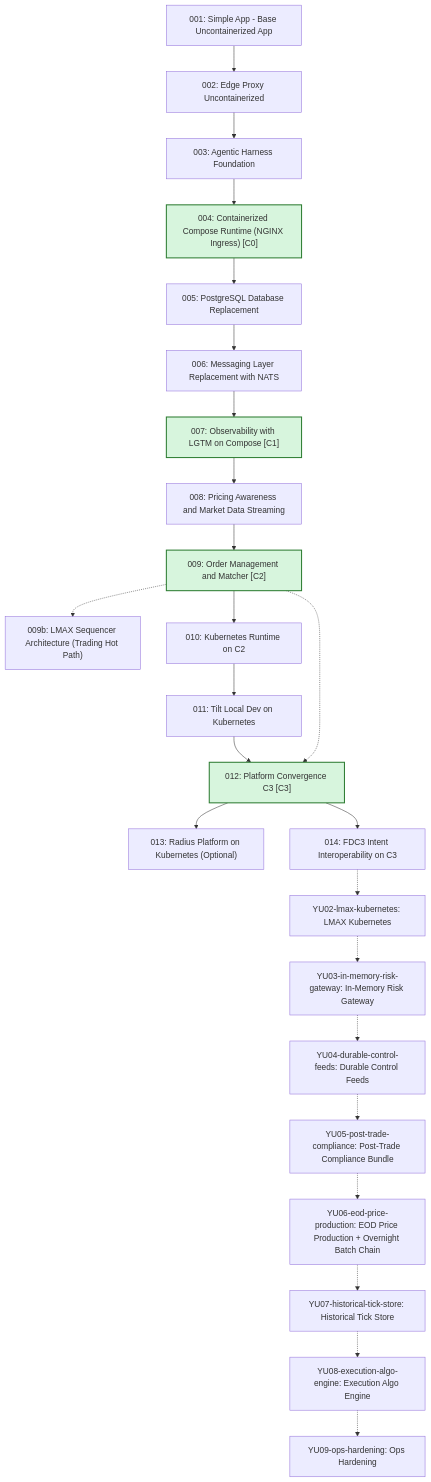
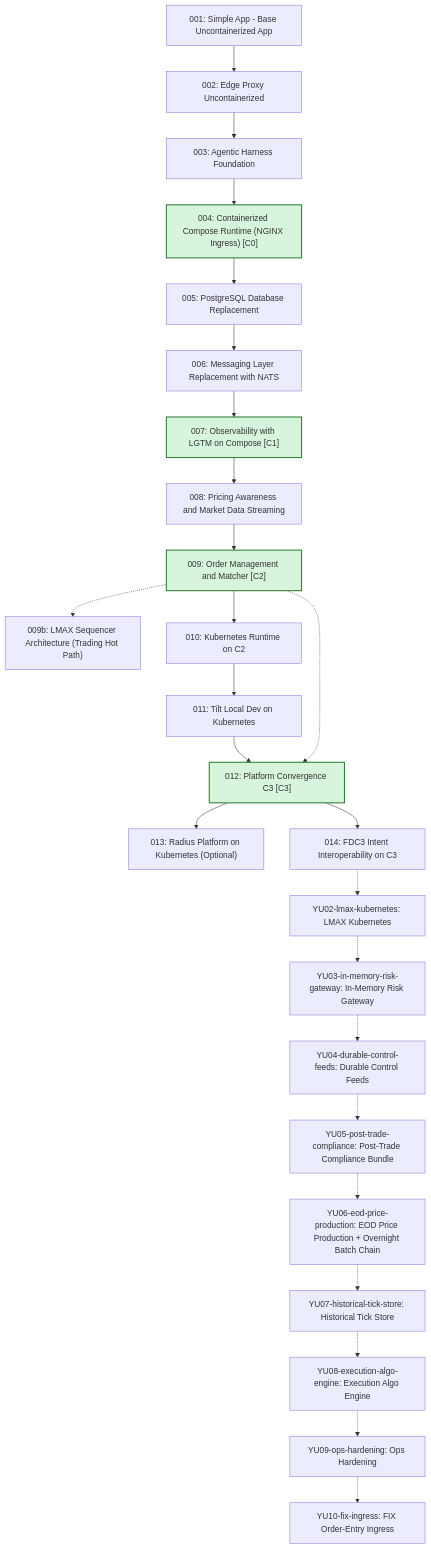
One commit to YU-CS-Summer-2026-Distributed-TraderX/traderX changed the second of 3 diagrams in docs/learning-paths/index.md. Above: the diagram before and after it, drawn with Mermaid. The commit also changed other lines of this file and 6 other files, not shown here.

````diff
--- a/docs/learning-paths/index.md
+++ b/docs/learning-paths/index.md
@@ -36,77 +36,80 @@
 ```mermaid
 flowchart TB
   S001_baseline_uncontainerized_parity["001: Simple App - Base Uncontainerized App"]
   S002_edge_proxy_uncontainerized["002: Edge Proxy Uncontainerized"]
   S003_agentic_harness_foundation["003: Agentic Harness Foundation"]
   S004_containerized_compose_runtime["004: Containerized Compose Runtime (NGINX Ingress) [C0]"]
   S005_postgres_database_replacement["005: PostgreSQL Database Replacement"]
   S006_messaging_nats_replacement["006: Messaging Layer Replacement with NATS"]
   S007_observability_lgtm_compose["007: Observability with LGTM on Compose [C1]"]
   S008_pricing_awareness_market_data["008: Pricing Awareness and Market Data Streaming"]
   S009_order_management_matcher["009: Order Management and Matcher [C2]"]
   S009b_lmax_sequencer_architecture["009b: LMAX Sequencer Architecture (Trading Hot Path)"]
   S010_kubernetes_runtime["010: Kubernetes Runtime on C2"]
   S011_tilt_kubernetes_dev_loop["011: Tilt Local Dev on Kubernetes"]
   S012_platform_convergence_c3["012: Platform Convergence C3 [C3]"]
   S013_radius_kubernetes_platform["013: Radius Platform on Kubernetes (Optional)"]
   S014_fdc3_intent_interoperability["014: FDC3 Intent Interoperability on C3"]
   SYU02_lmax_kubernetes["YU02-lmax-kubernetes: LMAX Kubernetes"]
   SYU03_in_memory_risk_gateway["YU03-in-memory-risk-gateway: In-Memory Risk Gateway"]
   SYU04_durable_control_feeds["YU04-durable-control-feeds: Durable Control Feeds"]
   SYU05_post_trade_compliance["YU05-post-trade-compliance: Post-Trade Compliance Bundle"]
   SYU06_eod_price_production["YU06-eod-price-production: EOD Price Production + Overnight Batch Chain"]
   SYU07_historical_tick_store["YU07-historical-tick-store: Historical Tick Store"]
   SYU08_execution_algo_engine["YU08-execution-algo-engine: Execution Algo Engine"]
   SYU09_ops_hardening["YU09-ops-hardening: Ops Hardening"]
+  SYU10_fix_ingress["YU10-fix-ingress: FIX Order-Entry Ingress"]
   S001_baseline_uncontainerized_parity --> S002_edge_proxy_uncontainerized
   S002_edge_proxy_uncontainerized --> S003_agentic_harness_foundation
   S003_agentic_harness_foundation --> S004_containerized_compose_runtime
   S004_containerized_compose_runtime --> S005_postgres_database_replacement
   S005_postgres_database_replacement --> S006_messaging_nats_replacement
   S006_messaging_nats_replacement --> S007_observability_lgtm_compose
   S007_observability_lgtm_compose --> S008_pricing_awareness_market_data
   S008_pricing_awareness_market_data --> S009_order_management_matcher
   S009_order_management_matcher -.-> S009b_lmax_sequencer_architecture
   S009_order_management_matcher --> S010_kubernetes_runtime
   S010_kubernetes_runtime --> S011_tilt_kubernetes_dev_loop
   S011_tilt_kubernetes_dev_loop --> S012_platform_convergence_c3
   S012_platform_convergence_c3 --> S013_radius_kubernetes_platform
   S012_platform_convergence_c3 --> S014_fdc3_intent_interoperability
   S014_fdc3_intent_interoperability -.-> SYU02_lmax_kubernetes
   SYU02_lmax_kubernetes -.-> SYU03_in_memory_risk_gateway
   SYU03_in_memory_risk_gateway -.-> SYU04_durable_control_feeds
   SYU04_durable_control_feeds -.-> SYU05_post_trade_compliance
   SYU05_post_trade_compliance -.-> SYU06_eod_price_production
   SYU06_eod_price_production -.-> SYU07_historical_tick_store
   SYU07_historical_tick_store -.-> SYU08_execution_algo_engine
   SYU08_execution_algo_engine -.-> SYU09_ops_hardening
+  SYU09_ops_hardening -.-> SYU10_fix_ingress
   S009_order_management_matcher -.-> S012_platform_convergence_c3
   click S001_baseline_uncontainerized_parity href "/specs/baseline-uncontainerized-parity" "Open State 001 Spec Pack"
   click S002_edge_proxy_uncontainerized href "/specs/edge-proxy-uncontainerized" "Open State 002 Spec Pack"
   click S003_agentic_harness_foundation href "/specs/agentic-harness-foundation" "Open State 003 Spec Pack"
   click S004_containerized_compose_runtime href "/specs/containerized-compose-runtime" "Open State 004 Spec Pack"
   click S005_postgres_database_replacement href "/specs/postgres-database-replacement" "Open State 005 Spec Pack"
   click S006_messaging_nats_replacement href "/specs/messaging-nats-replacement" "Open State 006 Spec Pack"
   click S007_observability_lgtm_compose href "/specs/observability-lgtm-compose" "Open State 007 Spec Pack"
   click S008_pricing_awareness_market_data href "/specs/pricing-awareness-market-data" "Open State 008 Spec Pack"
   click S009_order_management_matcher href "/specs/order-management-matcher" "Open State 009 Spec Pack"
   click S009b_lmax_sequencer_architecture href "/specs/lmax-sequencer-architecture" "Open State 009b Spec Pack"
   click S010_kubernetes_runtime href "/specs/kubernetes-runtime" "Open State 010 Spec Pack"
   click S011_tilt_kubernetes_dev_loop href "/specs/tilt-kubernetes-dev-loop" "Open State 011 Spec Pack"
   click S012_platform_convergence_c3 href "/specs/platform-convergence-c3" "Open State 012 Spec Pack"
   click S013_radius_kubernetes_platform href "/specs/radius-kubernetes-platform" "Open State 013 Spec Pack"
   click S014_fdc3_intent_interoperability href "/specs/fdc3-intent-interoperability" "Open State 014 Spec Pack"
   click SYU02_lmax_kubernetes href "/specs/YU02-lmax-kubernetes" "Open State YU02-lmax-kubernetes Spec Pack"
   click SYU03_in_memory_risk_gateway href "/specs/YU03-in-memory-risk-gateway" "Open State YU03-in-memory-risk-gateway Spec Pack"
   click SYU04_durable_control_feeds href "/specs/YU04-durable-control-feeds" "Open State YU04-durable-control-feeds Spec Pack"
   click SYU05_post_trade_compliance href "/specs/YU05-post-trade-compliance" "Open State YU05-post-trade-compliance Spec Pack"
   click SYU06_eod_price_production href "/specs/YU06-eod-price-production" "Open State YU06-eod-price-production Spec Pack"
   click SYU07_historical_tick_store href "/specs/YU07-historical-tick-store" "Open State YU07-historical-tick-store Spec Pack"
   click SYU08_execution_algo_engine href "/specs/YU08-execution-algo-engine" "Open State YU08-execution-algo-engine Spec Pack"
   click SYU09_ops_hardening href "/specs/YU09-ops-hardening" "Open State YU09-ops-hardening Spec Pack"
+  click SYU10_fix_ingress href "/specs/YU10-fix-ingress" "Open State YU10-fix-ingress Spec Pack"
   classDef convergence fill:#d7f5dd,stroke:#2e7d32,stroke-width:2px
   class S004_containerized_compose_runtime convergence
   class S007_observability_lgtm_compose convergence
   class S009_order_management_matcher convergence
   class S012_platform_convergence_c3 convergence
 ```
````
